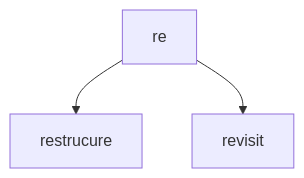
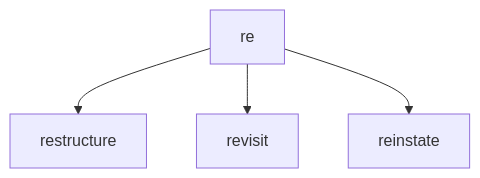
Diagram 20 of 45 in prefixes_suffixes.md (pleabargain/EnglishHelpsYourCareer), drawn with Mermaid before and after one commit. The commit also changed other lines of this file, not shown here.

Commit message:
fixing mermaid

````diff
--- a/prefixes_suffixes.md
+++ b/prefixes_suffixes.md
@@ -255,6 +239,6 @@
 ```mermaid
 graph TD; 
-re --> restrucure;
+re --> restructure;
 re --> revisit;
-
+re --> reinstate;
 ```
````
